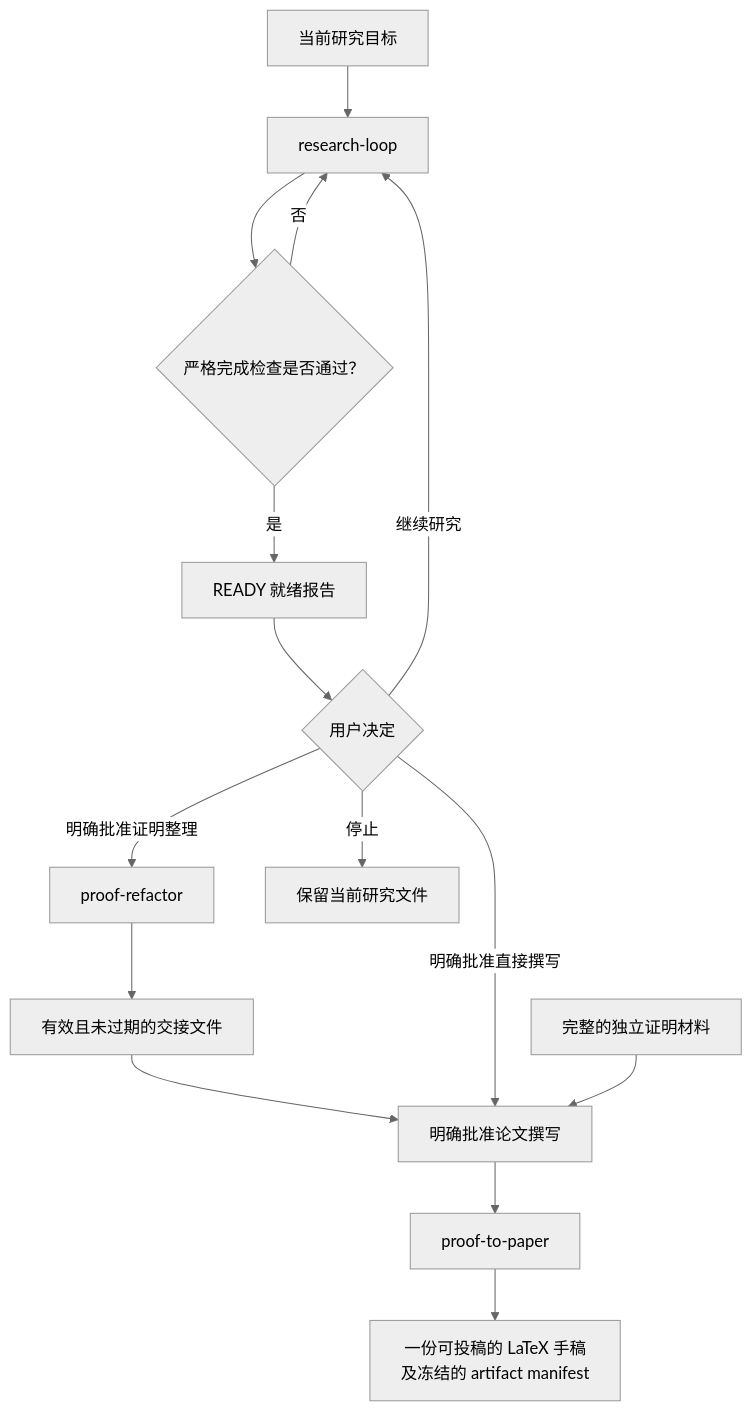
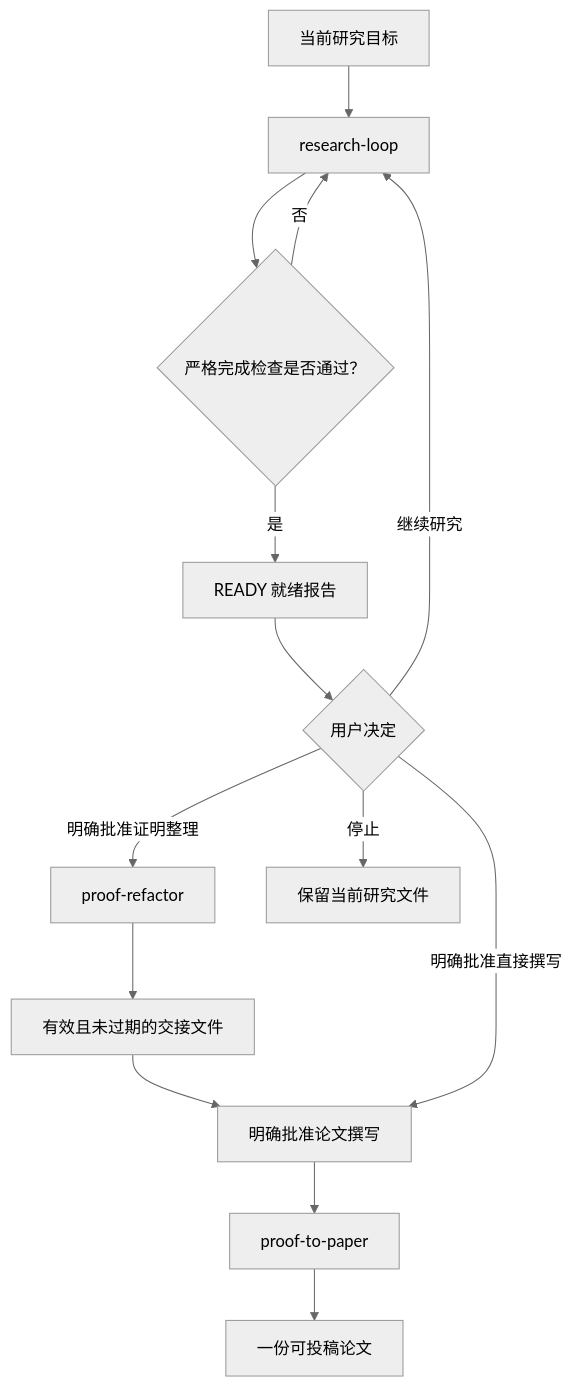
One commit to pandaycxie/math-research-workflow changed the diagram in README.zh-CN.md. Above: the diagram before and after it, drawn with Mermaid (neutral theme). The commit also changed other lines of this file and 7 other files, not shown here.

````diff
--- a/README.zh-CN.md
+++ b/README.zh-CN.md
@@ -29,17 +29,16 @@
 ```mermaid
 flowchart TD
     G["当前研究目标"] --> RL["research-loop"]
     RL --> C{"严格完成检查是否通过？"}
     C -- "否" --> RL
     C -- "是" --> R["READY 就绪报告"]
     R --> D{"用户决定"}
     D -- "继续研究" --> RL
     D -- "明确批准证明整理" --> PR["proof-refactor"]
     PR --> H["有效且未过期的交接文件"]
     H --> A["明确批准论文撰写"]
     D -- "明确批准直接撰写" --> A
-    S["完整的独立证明材料"] --> A
     A --> PP["proof-to-paper"]
-    PP --> M["一份可投稿的 LaTeX 手稿<br/>及冻结的 artifact manifest"]
+    PP --> M["一份可投稿论文"]
     D -- "停止" --> X["保留当前研究文件"]
 ```
````
